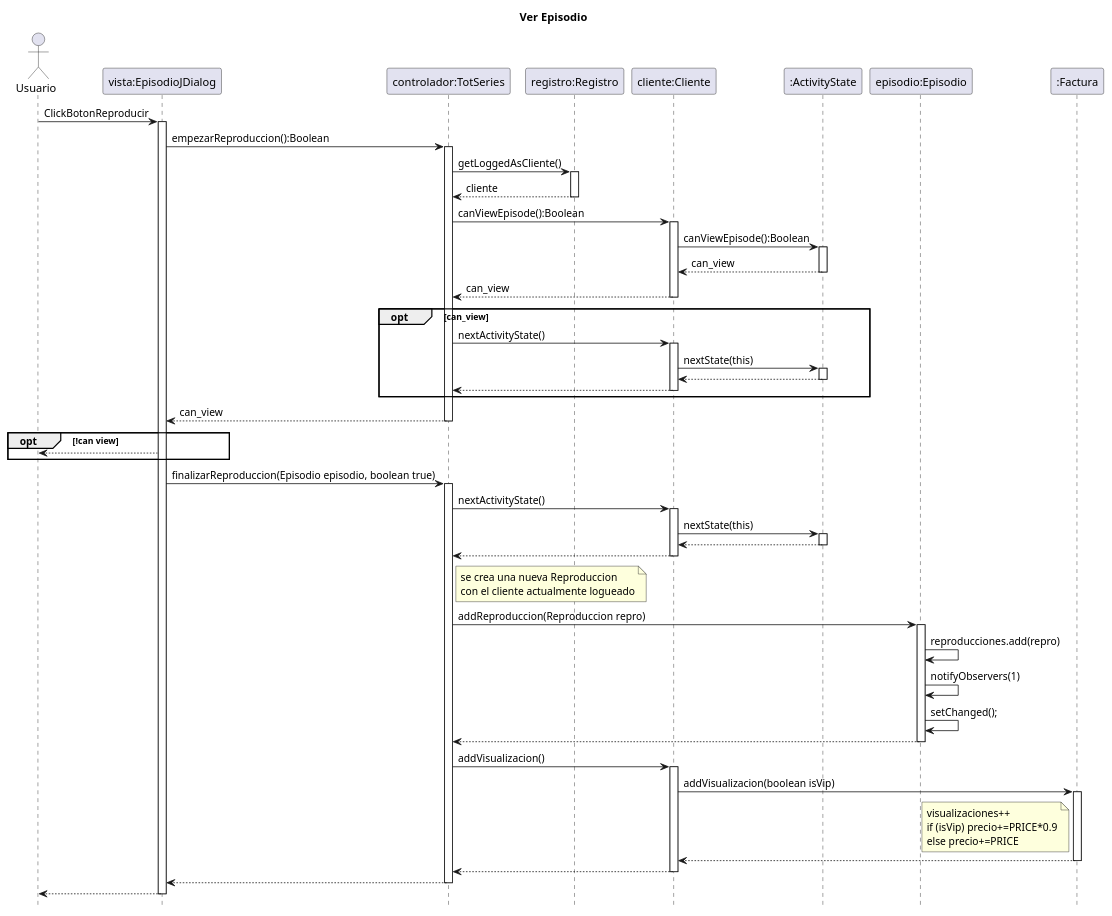
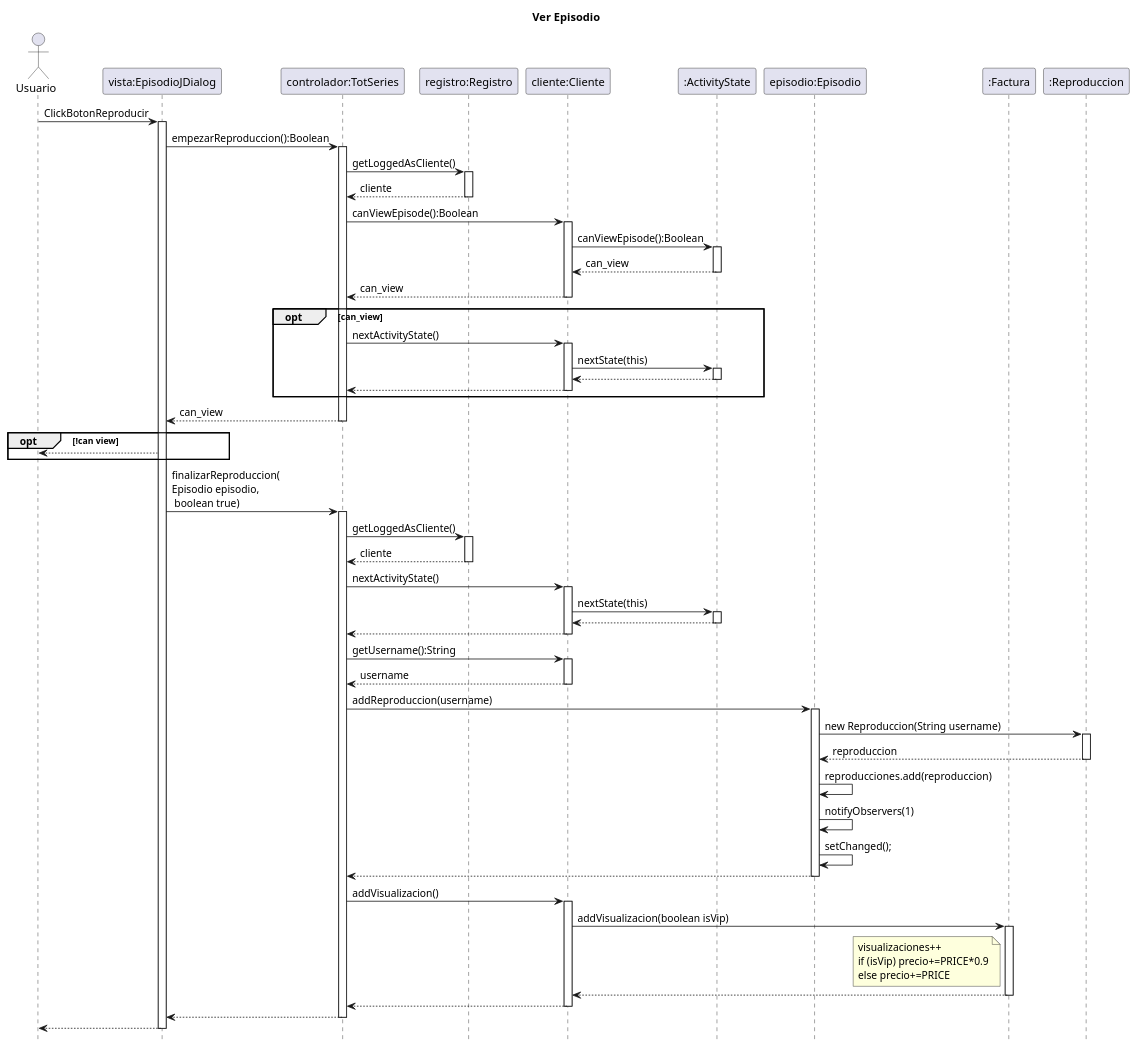
The diagram in src/totseries/Uml/Secuencia/Diagrama de Secuencia Ver Episodio.puml (MrViciao/TotSeries), drawn with PlantUML before and after one commit. The commit also changed 2 other files, not shown here.

Commit message:
Modificado DS Ver episodio

```diff
--- a/src/totseries/Uml/Secuencia/Diagrama de Secuencia Ver Episodio.puml
+++ b/src/totseries/Uml/Secuencia/Diagrama de Secuencia Ver Episodio.puml
@@ -1,97 +1,107 @@
 @startuml
 title		Ver Episodio
 hide	footbox
 
 actor	Usuario as usuario
 participant "vista:EpisodioJDialog" as vista
 participant "controlador:TotSeries" as totseries
 participant "registro:Registro" as registro
 participant "cliente:Cliente" as cliente
 participant ":ActivityState" as state
 participant "episodio:Episodio" as episodio
 participant ":Factura" as factura
+participant ":Reproduccion" as reproduccion
 
 usuario -> vista : ClickBotonReproducir
 activate vista
 vista ->totseries : empezarReproduccion():Boolean
 activate totseries
 totseries -> registro : getLoggedAsCliente()
 activate registro
 registro --> totseries : cliente
 deactivate registro
 '
 totseries -> cliente : canViewEpisode():Boolean
 activate cliente
 cliente -> state : canViewEpisode():Boolean
 activate state
 state --> cliente : can_view
 deactivate state
 cliente --> totseries : can_view
 deactivate cliente
 '  
 opt can_view
 
     totseries -> cliente: nextActivityState()
     activate cliente
     cliente -> state:nextState(this)
     activate state
     state --> cliente
     deactivate state
     cliente --> totseries
     deactivate cliente
     
 end opt
 
 totseries -->vista: can_view
     deactivate totseries
 
 opt !can view
     vista --> usuario
 end opt
 
-vista -> totseries : finalizarReproduccion(Episodio episodio, boolean true)
+vista -> totseries : finalizarReproduccion(\nEpisodio episodio,\n boolean true)
 activate totseries
+
+totseries -> registro : getLoggedAsCliente()
+activate registro
+registro --> totseries : cliente
+deactivate registro
+
 totseries -> cliente : nextActivityState()
 activate cliente
 cliente -> state : nextState(this)
 activate state
 state --> cliente
 deactivate state
 cliente --> totseries
 deactivate cliente
 
-
-note right totseries
-    se crea una nueva Reproduccion
-    con el cliente actualmente logueado
-end note
+totseries -> cliente : getUsername():String
+activate cliente
+cliente -->totseries: username
+deactivate cliente
 
 
-totseries -> episodio :addReproduccion(Reproduccion repro)
+totseries -> episodio :addReproduccion(username)
 activate episodio
-episodio ->episodio: reproducciones.add(repro)
+episodio -> reproduccion: new Reproduccion(String username)
+activate reproduccion
+reproduccion --> episodio: reproduccion
+deactivate reproduccion
+episodio ->episodio: reproducciones.add(reproduccion)
 episodio ->episodio: notifyObservers(1)
 episodio ->episodio: setChanged();
 episodio --> totseries
 deactivate episodio
 
 
 totseries -> cliente: addVisualizacion()
 activate cliente
 cliente -> factura: addVisualizacion(boolean isVip)
 activate factura
 note left factura
     visualizaciones++
     if (isVip) precio+=PRICE*0.9
     else precio+=PRICE
 end note
 factura --> cliente
 deactivate factura
 cliente --> totseries
 deactivate cliente
 
 totseries --> vista
 deactivate totseries
 vista --> usuario
 deactivate vista
 @enduml
```
